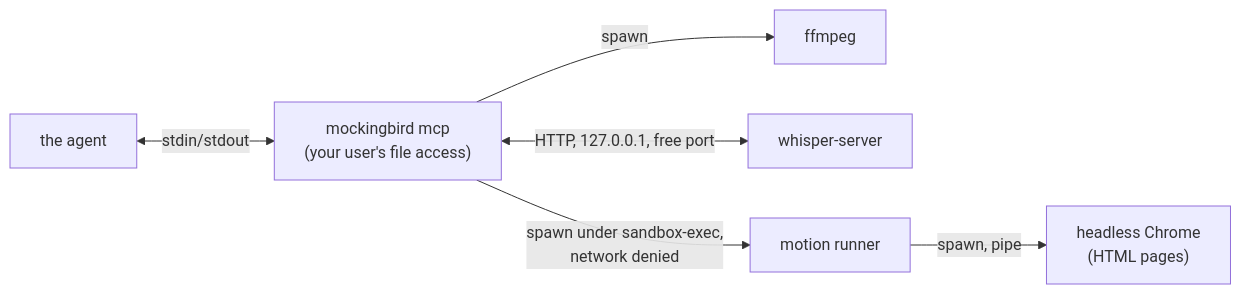
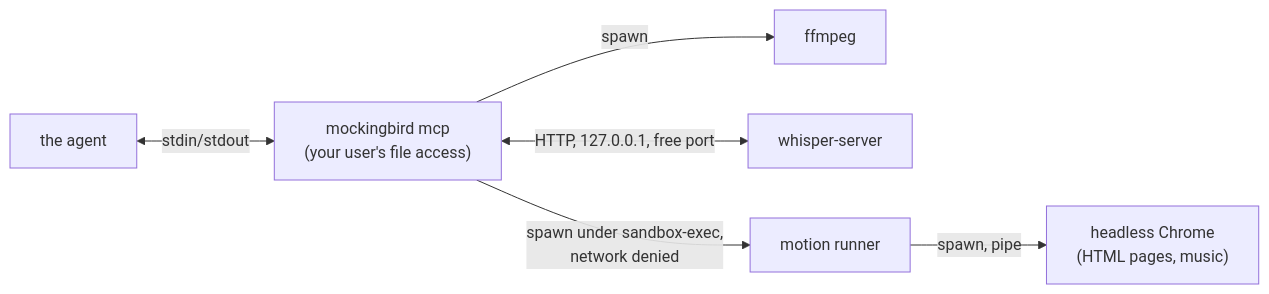
One commit to NirjharBhattacharjee/mockingbird changed the diagram in docs/SECURITY_PRIVACY.md. Above: the diagram before and after it, drawn with Mermaid. The commit also changed other lines of this file and 17 other files, not shown here.

First line of the commit message:
music: background music written as code, played in the pinned Chrome (#180)

````diff
--- a/docs/SECURITY_PRIVACY.md
+++ b/docs/SECURITY_PRIVACY.md
@@ -124,8 +124,8 @@
 ```mermaid
 flowchart LR
     AG["the agent"] <-->|stdin/stdout| MCP["mockingbird mcp\n(your user's file access)"]
     MCP -->|spawn| FF["ffmpeg"]
     MCP <-->|HTTP, 127.0.0.1, free port| WS["whisper-server"]
     MCP -->|spawn under sandbox-exec,\nnetwork denied| MS["motion runner"]
-    MS -->|spawn, pipe| CH["headless Chrome\n(HTML pages)"]
+    MS -->|spawn, pipe| CH["headless Chrome\n(HTML pages, music)"]
 ```
````
